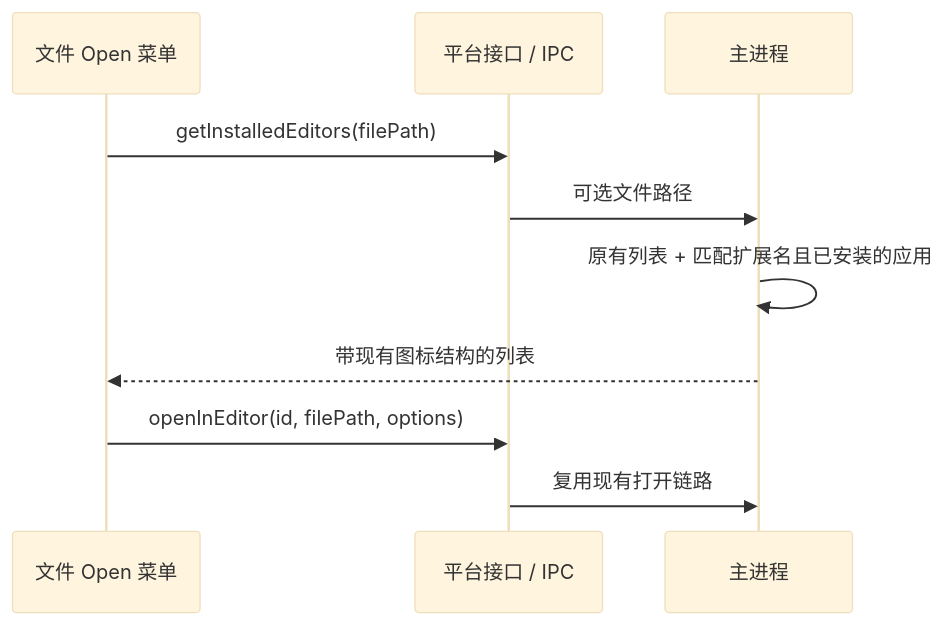
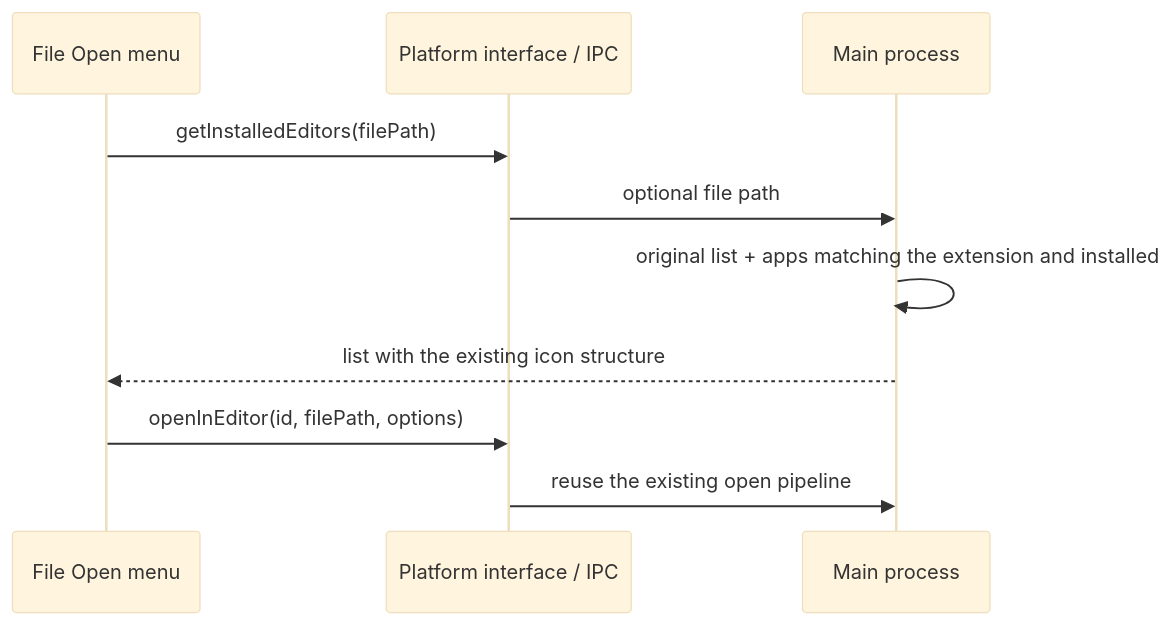
The diagram in docs/file-preview-open-apps.md (osben/ZCode), drawn with Mermaid (base theme) before and after one commit. The commit also changed other lines of this file and 24 other files, not shown here.

````diff
--- a/docs/file-preview-open-apps.md
+++ b/docs/file-preview-open-apps.md
@@ -20,12 +20,12 @@
 ```mermaid
 sequenceDiagram
-    participant UI as 文件 Open 菜单
-    participant P as 平台接口 / IPC
-    participant M as 主进程
+    participant UI as File Open menu
+    participant P as Platform interface / IPC
+    participant M as Main process
     UI->>P: getInstalledEditors(filePath)
-    P->>M: 可选文件路径
-    M->>M: 原有列表 + 匹配扩展名且已安装的应用
-    M-->>UI: 带现有图标结构的列表
+    P->>M: optional file path
+    M->>M: original list + apps matching the extension and installed
+    M-->>UI: list with the existing icon structure
     UI->>P: openInEditor(id, filePath, options)
-    P->>M: 复用现有打开链路
+    P->>M: reuse the existing open pipeline
 ```
````
